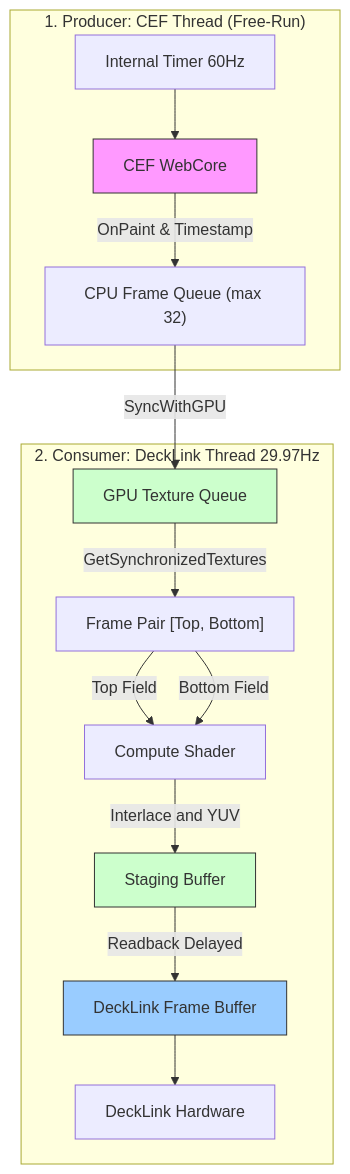
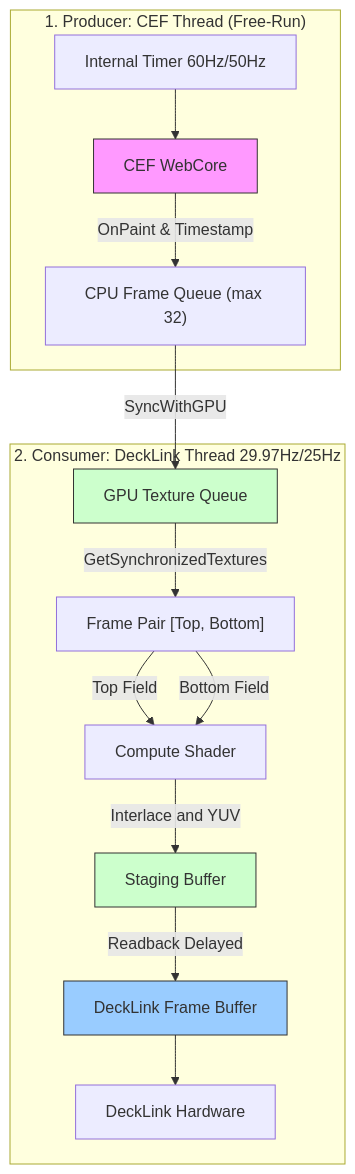
One commit to tanaka-ryuya/CEFDecklink changed the diagram in docs/data_processing_flow.md. Above: the diagram before and after it, drawn with Mermaid. The commit also changed other lines of this file and 2 other files, not shown here.

````diff
--- a/docs/data_processing_flow.md
+++ b/docs/data_processing_flow.md
@@ -15,25 +15,25 @@
 ```mermaid
 graph TD
     subgraph "1. Producer: CEF Thread (Free-Run)"
-        TIMER["Internal Timer 60Hz"] --> CEF["CEF WebCore"]
+        TIMER["Internal Timer 60Hz/50Hz"] --> CEF["CEF WebCore"]
         CEF -->|OnPaint & Timestamp| CPU_Q["CPU Frame Queue (max 32)"]
     end
 
-    subgraph "2. Consumer: DeckLink Thread 29.97Hz"
+    subgraph "2. Consumer: DeckLink Thread 29.97Hz/25Hz"
         CPU_Q -->|SyncWithGPU| GPU_Q["GPU Texture Queue"]
         GPU_Q -->|GetSynchronizedTextures| PAIR["Frame Pair [Top, Bottom]"]
         
         PAIR -->|Top Field| SHADER["Compute Shader"]
         PAIR -->|Bottom Field| SHADER
         
         SHADER -->|Interlace and YUV| STAGING["Staging Buffer"]
         STAGING -->|Readback Delayed| DL_BUF["DeckLink Frame Buffer"]
         
         DL_BUF --> HW["DeckLink Hardware"]
     end
 
     style CEF fill:#f9f,stroke:#333
     style GPU_Q fill:#cfc,stroke:#333
     style STAGING fill:#cfc,stroke:#333
     style DL_BUF fill:#9cf,stroke:#333
 ```
````
